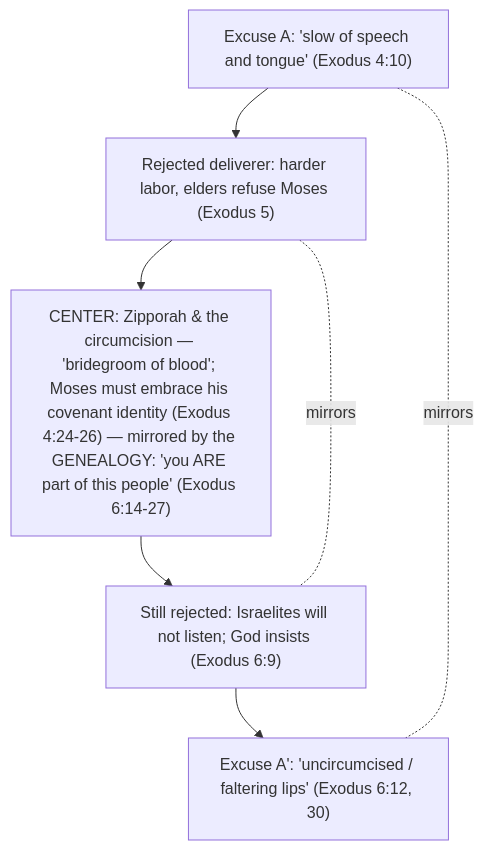
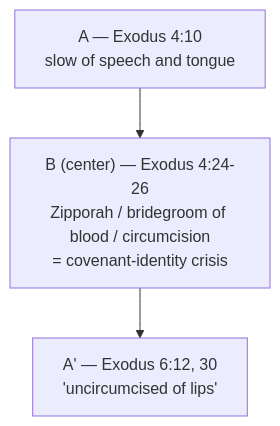
Before and after one commit to rmaloneycvg/bema: the diagram in study-guides/1-17-a-god-who-hears-the-cry.md, drawn with Mermaid. The commit also changed other lines of this file and 35 other files, not shown here.

````diff
--- a/study-guides/1-17-a-god-who-hears-the-cry.md
+++ b/study-guides/1-17-a-god-who-hears-the-cry.md
@@ -50,11 +83,7 @@
 ```mermaid
 flowchart TB
-  A1["Excuse A: 'slow of speech and tongue' (Exodus 4:10)"]
-  B1["Rejected deliverer: harder labor, elders refuse Moses (Exodus 5)"]
-  C["CENTER: Zipporah & the circumcision — 'bridegroom of blood'; Moses must embrace his covenant identity (Exodus 4:24-26) — mirrored by the GENEALOGY: 'you ARE part of this people' (Exodus 6:14-27)"]
-  B2["Still rejected: Israelites will not listen; God insists (Exodus 6:9)"]
-  A2["Excuse A': 'uncircumcised / faltering lips' (Exodus 6:12, 30)"]
-  A1 --> B1 --> C --> B2 --> A2
-  A1 -. mirrors .- A2
-  B1 -. mirrors .- B2
+  A["A — Exodus 4:10<br/>slow of speech and tongue"]
+  B["B (center) — Exodus 4:24-26<br/>Zipporah / bridegroom of blood / circumcision<br/>= covenant-identity crisis"]
+  A2["A' — Exodus 6:12, 30<br/>'uncircumcised of lips'"]
+  A --> B --> A2
 ```
````
